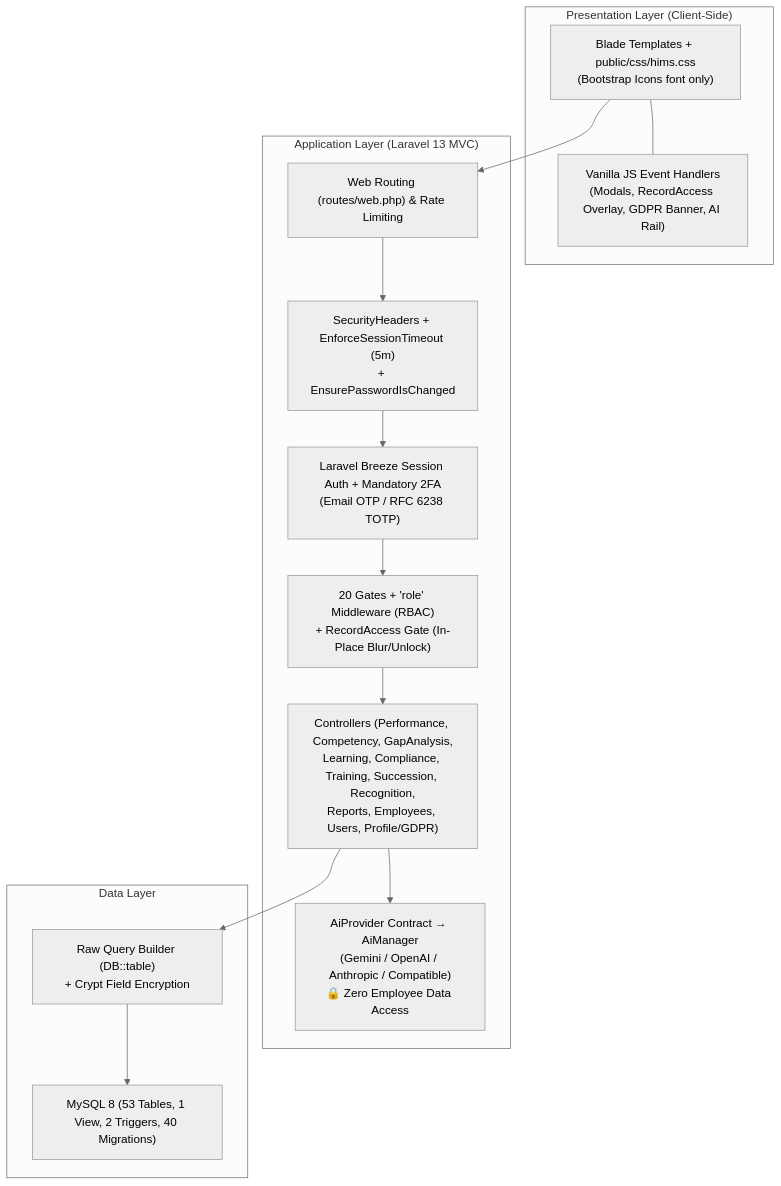
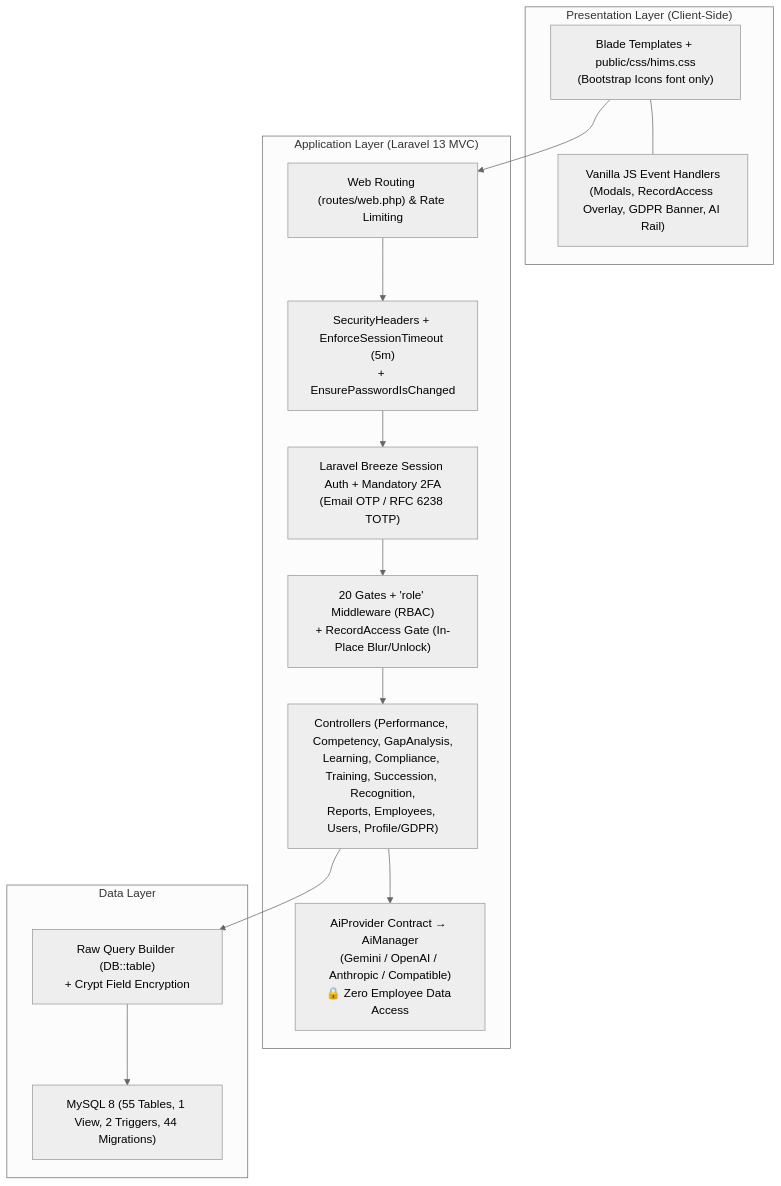
The first of 3 diagrams in HIMS_ARCHITECTURE_AND_SECURITY.md (shikabane277/HIMS-v2), drawn with Mermaid (neutral theme) before and after one commit. The commit also changed other lines of this file and 90 other files, not shown here.

````diff
--- a/HIMS_ARCHITECTURE_AND_SECURITY.md
+++ b/HIMS_ARCHITECTURE_AND_SECURITY.md
@@ -28,21 +28,21 @@
 ```mermaid
 graph TD
     subgraph "Presentation Layer (Client-Side)"
         A["Blade Templates + public/css/hims.css<br/>(Bootstrap Icons font only)"] --- B["Vanilla JS Event Handlers<br/>(Modals, RecordAccess Overlay, GDPR Banner, AI Rail)"]
     end
 
     subgraph "Application Layer (Laravel 13 MVC)"
         C["Web Routing (routes/web.php) & Rate Limiting"] --> SH["SecurityHeaders + EnforceSessionTimeout (5m)<br/>+ EnsurePasswordIsChanged"]
         SH --> D["Laravel Breeze Session Auth + Mandatory 2FA<br/>(Email OTP / RFC 6238 TOTP)"]
         D --> RB["20 Gates + 'role' Middleware (RBAC)<br/>+ RecordAccess Gate (In-Place Blur/Unlock)"]
         RB --> E["Controllers (Performance, Competency, GapAnalysis,<br/>Learning, Compliance, Training, Succession, Recognition,<br/>Reports, Employees, Users, Profile/GDPR)"]
         E --> F["AiProvider Contract → AiManager<br/>(Gemini / OpenAI / Anthropic / Compatible)<br/>🔒 Zero Employee Data Access"]
     end
 
     subgraph "Data Layer"
         E --> H["Raw Query Builder (DB::table)<br/>+ Crypt Field Encryption"]
-        H --> I["MySQL 8 (53 Tables, 1 View, 2 Triggers, 40 Migrations)"]
+        H --> I["MySQL 8 (55 Tables, 1 View, 2 Triggers, 44 Migrations)"]
     end
 
     A --> C
 ```
````
